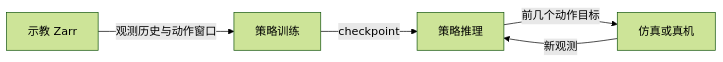
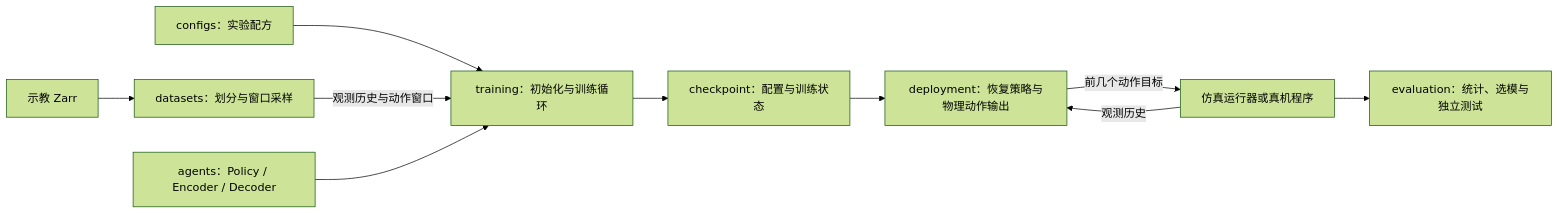
The diagram in docs/项目架构.md (haoyangzhanglab/dexmani_policy), drawn with Mermaid (forest theme) before and after one commit. The commit also changed other lines of this file and 60 other files, not shown here.

````diff
--- a/docs/项目架构.md
+++ b/docs/项目架构.md
@@ -7,7 +7,12 @@
 ```mermaid
 flowchart LR
-    data["示教 Zarr"] -->|观测历史与动作窗口| train["策略训练"]
-    train -->|checkpoint| policy["策略推理"]
-    policy -->|前几个动作目标| env["仿真或真机"]
-    env -->|新观测| policy
+    config["configs：实验配方"] --> train["training：初始化与训练循环"]
+    data["示教 Zarr"] --> dataset["datasets：划分与窗口采样"]
+    dataset -->|观测历史与动作窗口| train
+    model["agents：Policy / Encoder / Decoder"] --> train
+    train --> checkpoint["checkpoint：配置与训练状态"]
+    checkpoint --> inference["deployment：恢复策略与物理动作输出"]
+    inference -->|前几个动作目标| env["仿真运行器或真机程序"]
+    env -->|观测历史| inference
+    env --> evaluation["evaluation：统计、选模与独立测试"]
 ```
````
